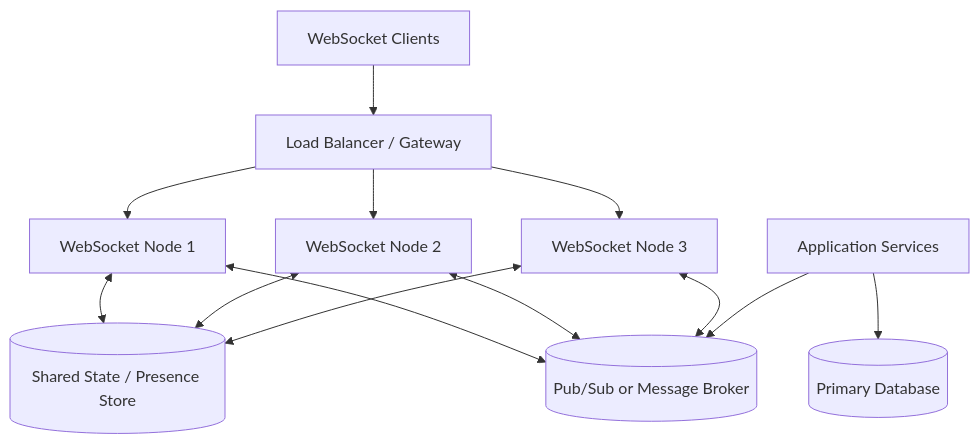
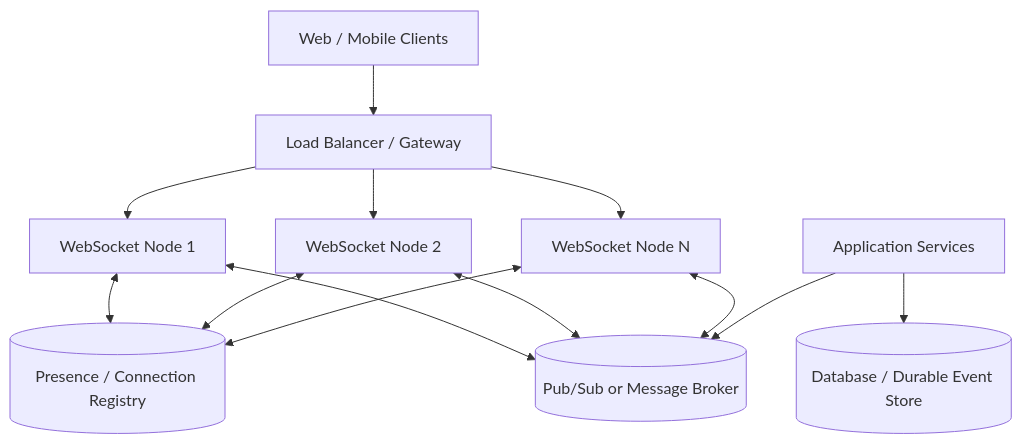
The first of 4 diagrams in src/content/system-design/websocket-scaling.md (AvadhBhalodiya/Interview-Preparation), drawn with Mermaid before and after one commit. The commit also changed other lines of this file and 54 other files, not shown here.

````diff
--- a/src/content/system-design/websocket-scaling.md
+++ b/src/content/system-design/websocket-scaling.md
@@ -22,15 +22,19 @@
 ```mermaid
 flowchart TB
-    Clients[WebSocket Clients] --> LB[Load Balancer / Gateway]
+    C[Web / Mobile Clients] --> LB[Load Balancer / Gateway]
+
     LB --> W1[WebSocket Node 1]
     LB --> W2[WebSocket Node 2]
-    LB --> W3[WebSocket Node 3]
-    W1 <--> Broker[(Pub/Sub or Message Broker)]
-    W2 <--> Broker
-    W3 <--> Broker
-    W1 <--> State[(Shared State / Presence Store)]
-    W2 <--> State
-    W3 <--> State
-    Services[Application Services] --> Broker
-    Services --> DB[(Primary Database)]
+    LB --> W3[WebSocket Node N]
+
+    W1 <--> B[(Pub/Sub or Message Broker)]
+    W2 <--> B
+    W3 <--> B
+
+    W1 <--> R[(Presence / Connection Registry)]
+    W2 <--> R
+    W3 <--> R
+
+    S[Application Services] --> B
+    S --> DB[(Database / Durable Event Store)]
 ```
````
